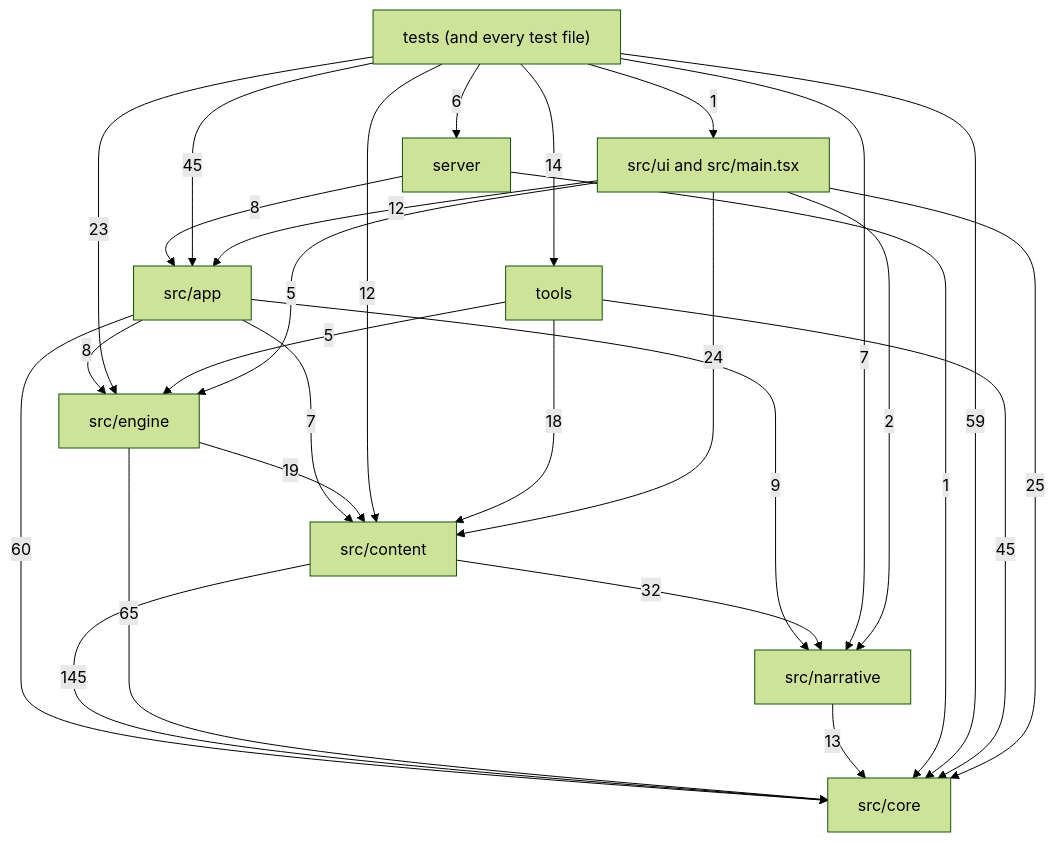
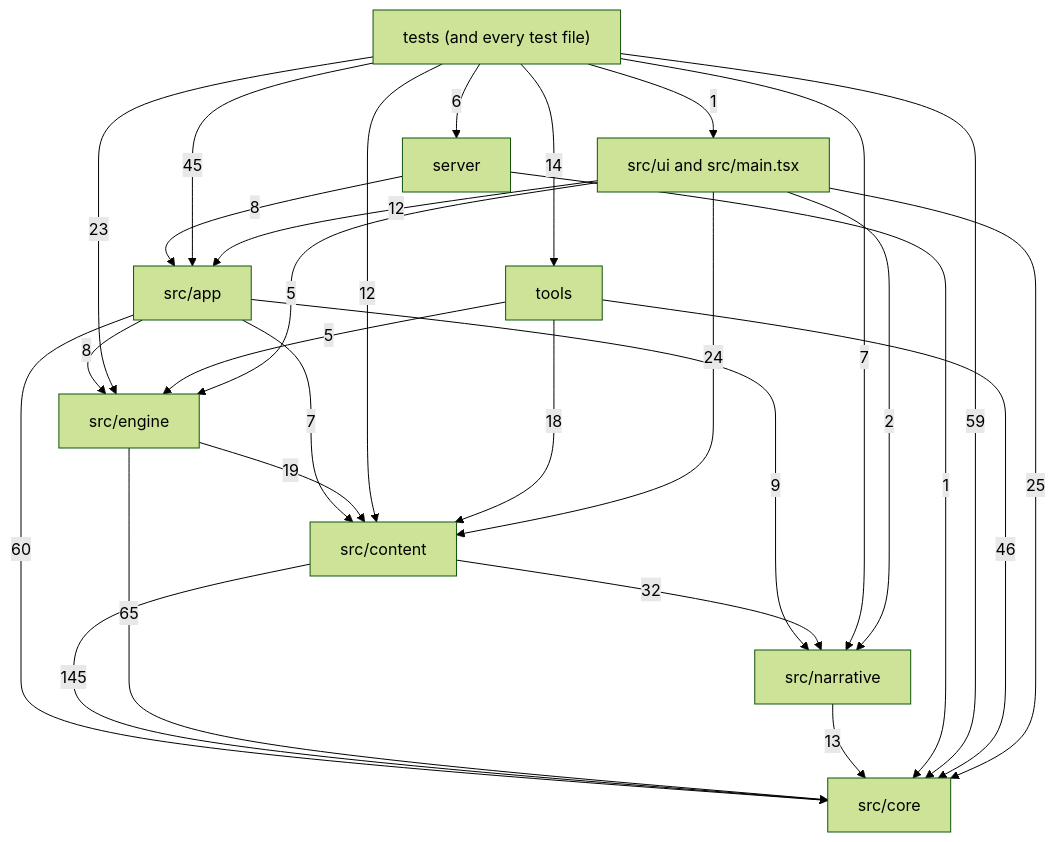
One commit to OrangeB0lt/Cyber-funk changed the diagram in docs/reference/code-map/README.md. Above: the diagram before and after it, drawn with Mermaid (forest theme). The commit also changed other lines of this file and 20 other files, not shown here.

````diff
--- a/docs/reference/code-map/README.md
+++ b/docs/reference/code-map/README.md
@@ -29,39 +29,39 @@
 ```mermaid
 flowchart TD
   core["src/core"]
   narrative["src/narrative"]
   content["src/content"]
   engine["src/engine"]
   app["src/app"]
   ui["src/ui and src/main.tsx"]
   server["server"]
   tools["tools"]
   tests["tests (and every test file)"]
   app -->|7| content
   app -->|60| core
   app -->|8| engine
   app -->|9| narrative
   content -->|145| core
   content -->|32| narrative
   engine -->|19| content
   engine -->|65| core
   narrative -->|13| core
   server -->|8| app
   server -->|1| core
   tests -->|45| app
   tests -->|12| content
   tests -->|59| core
   tests -->|23| engine
   tests -->|7| narrative
   tests -->|6| server
   tests -->|14| tools
   tests -->|1| ui
   tools -->|18| content
-  tools -->|45| core
+  tools -->|46| core
   tools -->|5| engine
   ui -->|12| app
   ui -->|24| content
   ui -->|25| core
   ui -->|5| engine
   ui -->|2| narrative
 ```
````
